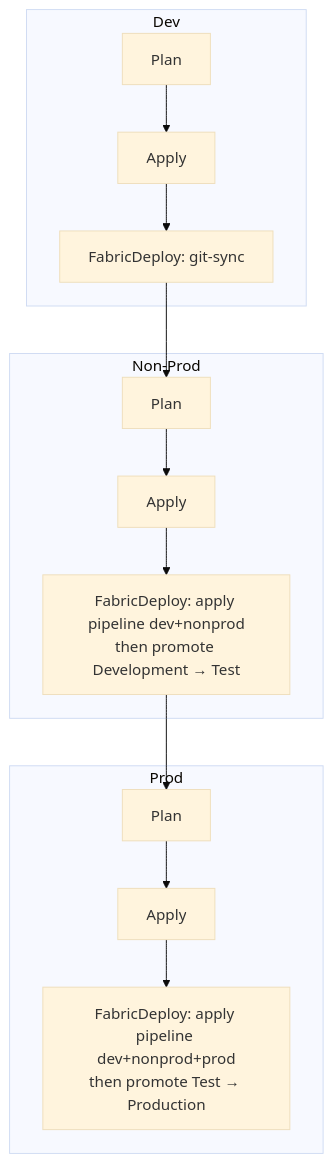
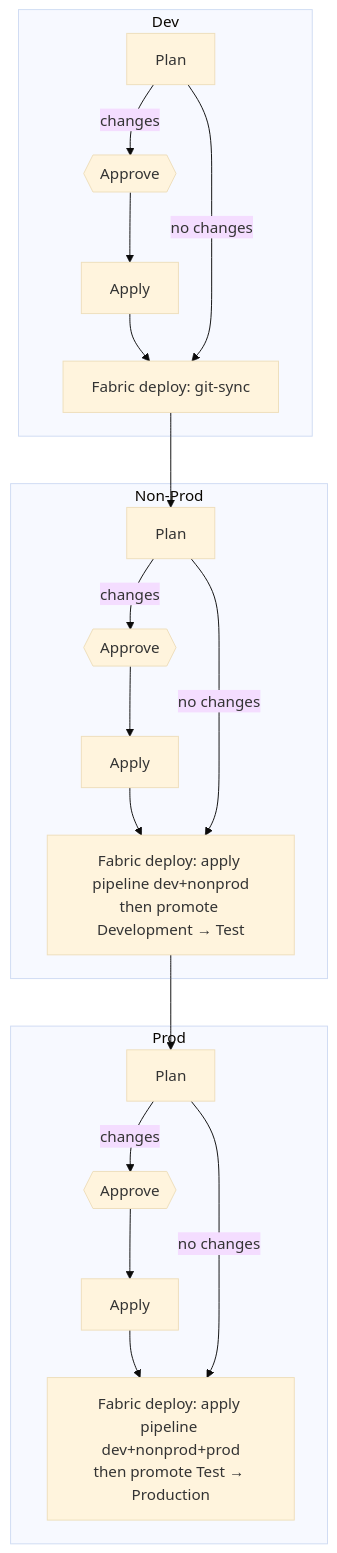
The second of 3 diagrams in README.md (mkochis-code-ext/FabricOpsTerraformDeploy), drawn with Mermaid (base theme) before and after one commit. The commit also changed other lines of this file and 2 other files, not shown here.

First line of the commit message:
Consolidate deploy stage with conditional apply

````diff
--- a/README.md
+++ b/README.md
@@ -338,14 +351,17 @@
 ```mermaid
 flowchart TD
     subgraph DEV[Dev]
-      P1[Plan] --> A1[Apply] --> F1[FabricDeploy: git-sync]
+      P1[Plan] -->|changes| G1{{Approve}} --> A1[Apply] --> F1[Fabric deploy: git-sync]
+      P1 -->|no changes| F1
     end
     subgraph NP[Non-Prod]
-      P2[Plan] --> A2[Apply] --> F2[FabricDeploy: apply pipeline dev+nonprod<br/>then promote Development → Test]
+      P2[Plan] -->|changes| G2{{Approve}} --> A2[Apply] --> F2[Fabric deploy: apply pipeline dev+nonprod<br/>then promote Development → Test]
+      P2 -->|no changes| F2
     end
     subgraph PR[Prod]
-      P3[Plan] --> A3[Apply] --> F3[FabricDeploy: apply pipeline dev+nonprod+prod<br/>then promote Test → Production]
+      P3[Plan] -->|changes| G3{{Approve}} --> A3[Apply] --> F3[Fabric deploy: apply pipeline dev+nonprod+prod<br/>then promote Test → Production]
+      P3 -->|no changes| F3
     end
     F1 --> P2
     F2 --> P3
 ```
````
